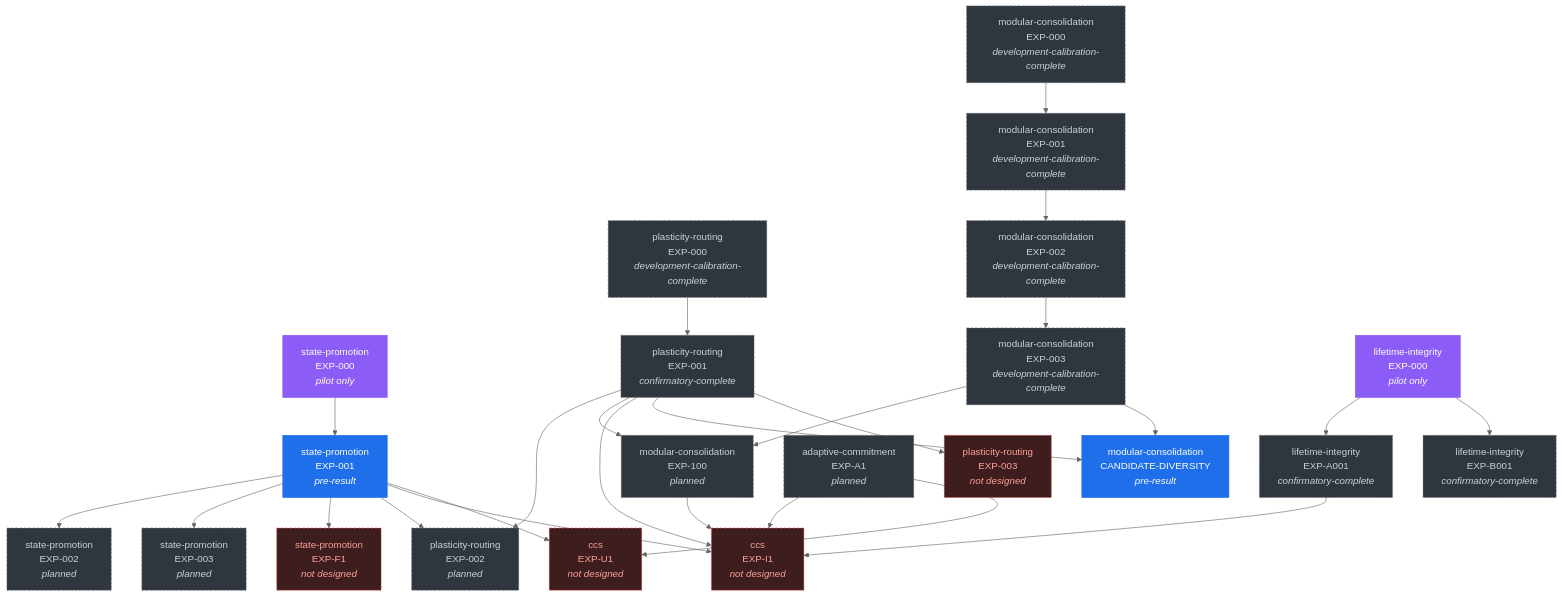
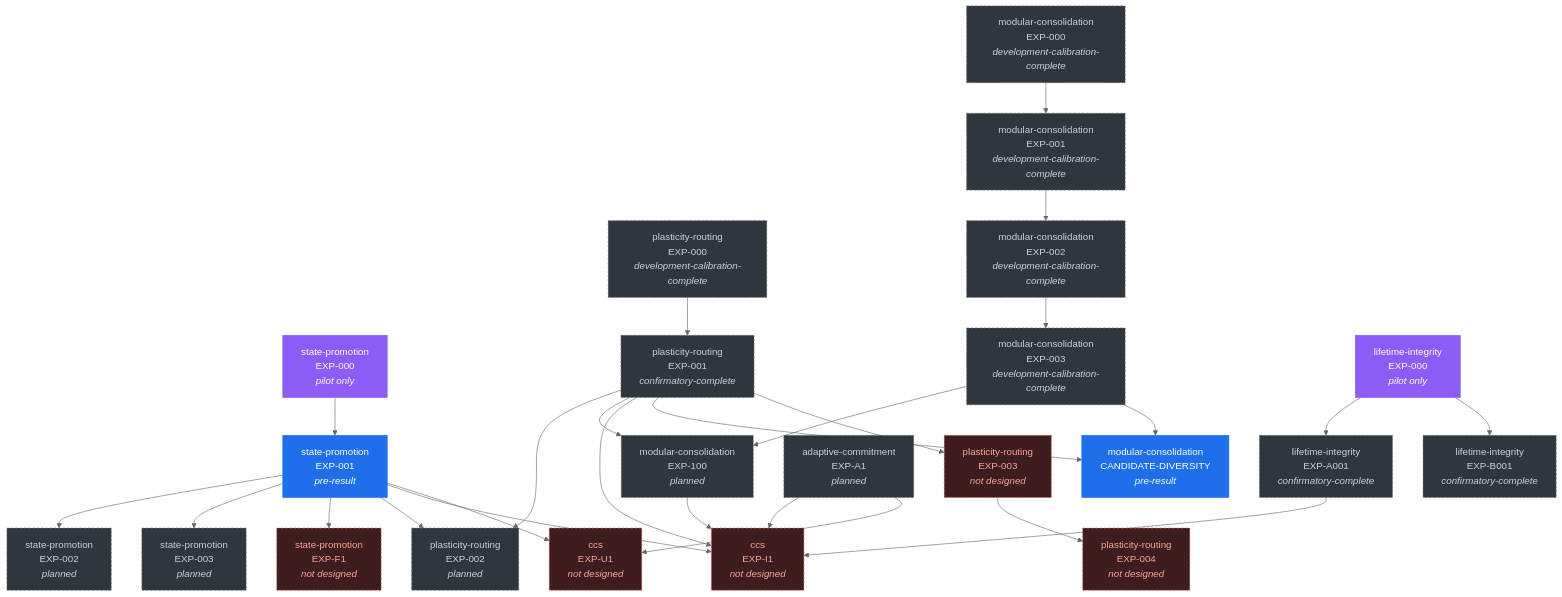
Before and after one commit to in-c0/consolidating-cognitive-substrate: the diagram in docs/DEPENDENCY-DAG.md, drawn with Mermaid (neutral theme). The commit also changed other lines of this file and 6 other files, not shown here.

````diff
--- a/docs/DEPENDENCY-DAG.md
+++ b/docs/DEPENDENCY-DAG.md
@@ -14,75 +14,78 @@
 ```mermaid
 graph TD
   state_promotion_EXP_000["state-promotion<br/>EXP-000<br/><i>pilot only</i>"]
   class state_promotion_EXP_000 pilot;
   state_promotion_EXP_001["state-promotion<br/>EXP-001<br/><i>pre-result</i>"]
   class state_promotion_EXP_001 active;
   state_promotion_EXP_002["state-promotion<br/>EXP-002<br/><i>planned</i>"]
   class state_promotion_EXP_002 planned;
   state_promotion_EXP_003["state-promotion<br/>EXP-003<br/><i>planned</i>"]
   class state_promotion_EXP_003 planned;
   state_promotion_EXP_F1["state-promotion<br/>EXP-F1<br/><i>not designed</i>"]
   class state_promotion_EXP_F1 undesigned;
   plasticity_routing_EXP_000["plasticity-routing<br/>EXP-000<br/><i>development-calibration-complete</i>"]
   class plasticity_routing_EXP_000 planned;
   plasticity_routing_EXP_001["plasticity-routing<br/>EXP-001<br/><i>confirmatory-complete</i>"]
   class plasticity_routing_EXP_001 planned;
   plasticity_routing_EXP_002["plasticity-routing<br/>EXP-002<br/><i>planned</i>"]
   class plasticity_routing_EXP_002 planned;
   modular_consolidation_EXP_000["modular-consolidation<br/>EXP-000<br/><i>development-calibration-complete</i>"]
   class modular_consolidation_EXP_000 planned;
   modular_consolidation_EXP_001["modular-consolidation<br/>EXP-001<br/><i>development-calibration-complete</i>"]
   class modular_consolidation_EXP_001 planned;
   modular_consolidation_EXP_002["modular-consolidation<br/>EXP-002<br/><i>development-calibration-complete</i>"]
   class modular_consolidation_EXP_002 planned;
   modular_consolidation_EXP_003["modular-consolidation<br/>EXP-003<br/><i>development-calibration-complete</i>"]
   class modular_consolidation_EXP_003 planned;
   modular_consolidation_EXP_100["modular-consolidation<br/>EXP-100<br/><i>planned</i>"]
   class modular_consolidation_EXP_100 planned;
   lifetime_integrity_EXP_000["lifetime-integrity<br/>EXP-000<br/><i>pilot only</i>"]
   class lifetime_integrity_EXP_000 pilot;
   lifetime_integrity_EXP_A001["lifetime-integrity<br/>EXP-A001<br/><i>confirmatory-complete</i>"]
   class lifetime_integrity_EXP_A001 planned;
   lifetime_integrity_EXP_B001["lifetime-integrity<br/>EXP-B001<br/><i>confirmatory-complete</i>"]
   class lifetime_integrity_EXP_B001 planned;
   ccs_EXP_I1["ccs<br/>EXP-I1<br/><i>not designed</i>"]
   class ccs_EXP_I1 undesigned;
   adaptive_commitment_EXP_A1["adaptive-commitment<br/>EXP-A1<br/><i>planned</i>"]
   class adaptive_commitment_EXP_A1 planned;
   ccs_EXP_U1["ccs<br/>EXP-U1<br/><i>not designed</i>"]
   class ccs_EXP_U1 undesigned;
   modular_consolidation_CANDIDATE_DIVERSITY["modular-consolidation<br/>CANDIDATE-DIVERSITY<br/><i>pre-result</i>"]
   class modular_consolidation_CANDIDATE_DIVERSITY active;
   plasticity_routing_EXP_003["plasticity-routing<br/>EXP-003<br/><i>not designed</i>"]
   class plasticity_routing_EXP_003 undesigned;
+  plasticity_routing_EXP_004["plasticity-routing<br/>EXP-004<br/><i>not designed</i>"]
+  class plasticity_routing_EXP_004 undesigned;
 
   state_promotion_EXP_000 --> state_promotion_EXP_001
   state_promotion_EXP_001 --> state_promotion_EXP_002
   state_promotion_EXP_001 --> state_promotion_EXP_003
   state_promotion_EXP_001 --> state_promotion_EXP_F1
   plasticity_routing_EXP_000 --> plasticity_routing_EXP_001
   plasticity_routing_EXP_001 --> plasticity_routing_EXP_002
   state_promotion_EXP_001 --> plasticity_routing_EXP_002
   modular_consolidation_EXP_000 --> modular_consolidation_EXP_001
   modular_consolidation_EXP_001 --> modular_consolidation_EXP_002
   modular_consolidation_EXP_002 --> modular_consolidation_EXP_003
   modular_consolidation_EXP_003 --> modular_consolidation_EXP_100
   plasticity_routing_EXP_001 --> modular_consolidation_EXP_100
   lifetime_integrity_EXP_000 --> lifetime_integrity_EXP_A001
   lifetime_integrity_EXP_000 --> lifetime_integrity_EXP_B001
   state_promotion_EXP_001 --> ccs_EXP_I1
   plasticity_routing_EXP_001 --> ccs_EXP_I1
   adaptive_commitment_EXP_A1 --> ccs_EXP_I1
   modular_consolidation_EXP_100 --> ccs_EXP_I1
   lifetime_integrity_EXP_A001 --> ccs_EXP_I1
   state_promotion_EXP_001 --> ccs_EXP_U1
   adaptive_commitment_EXP_A1 --> ccs_EXP_U1
   modular_consolidation_EXP_003 --> modular_consolidation_CANDIDATE_DIVERSITY
   plasticity_routing_EXP_001 --> modular_consolidation_CANDIDATE_DIVERSITY
   plasticity_routing_EXP_001 --> plasticity_routing_EXP_003
+  plasticity_routing_EXP_003 --> plasticity_routing_EXP_004
 
   classDef active fill:#1f6feb,stroke:#1f6feb,color:#fff;
   classDef pilot fill:#8b5cf6,stroke:#8b5cf6,color:#fff;
   classDef planned fill:#30363d,stroke:#6e7681,color:#c9d1d9,stroke-dasharray:4 3;
   classDef undesigned fill:#3d1d1d,stroke:#f85149,color:#ffa198,stroke-dasharray:4 3;
 ```
````
